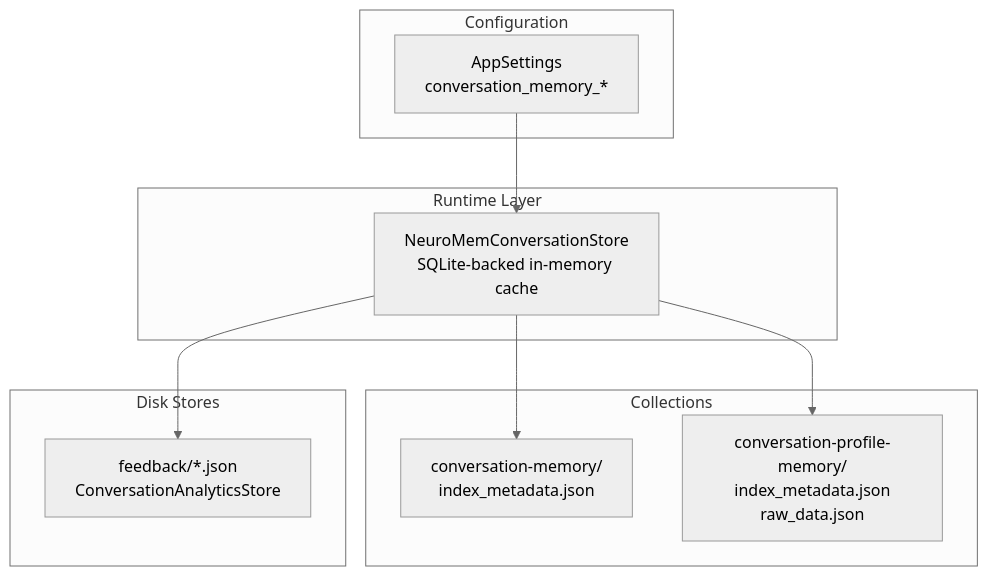
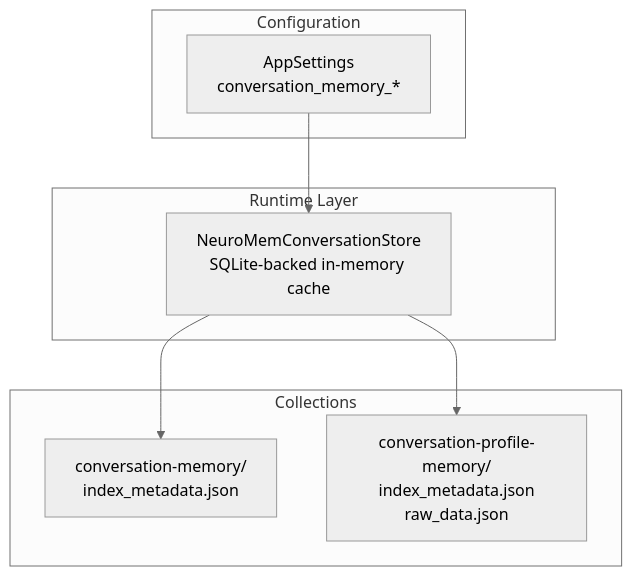
The first of 7 diagrams in .qoder/repowiki/en/content/Memory Systems/Memory Persistence and Storage.md (intellistream/sage-mate), drawn with Mermaid (neutral theme) before and after one commit. The commit also changed other lines of this file and 60 other files, not shown here.

````diff
--- a/.qoder/repowiki/en/content/Memory Systems/Memory Persistence and Storage.md
+++ b/.qoder/repowiki/en/content/Memory Systems/Memory Persistence and Storage.md
@@ -35,20 +45,16 @@
 ```mermaid
 graph TB
 subgraph "Runtime Layer"
 A["NeuroMemConversationStore<br/>SQLite-backed in-memory cache"]
 end
 subgraph "Collections"
 B["conversation-memory/<br/>index_metadata.json"]
 C["conversation-profile-memory/<br/>index_metadata.json<br/>raw_data.json"]
 end
-subgraph "Disk Stores"
-D["feedback/*.json<br/>ConversationAnalyticsStore"]
-end
 subgraph "Configuration"
 E["AppSettings<br/>conversation_memory_*"]
 end
 A --> B
 A --> C
-A --> D
 E --> A
 ```
````
